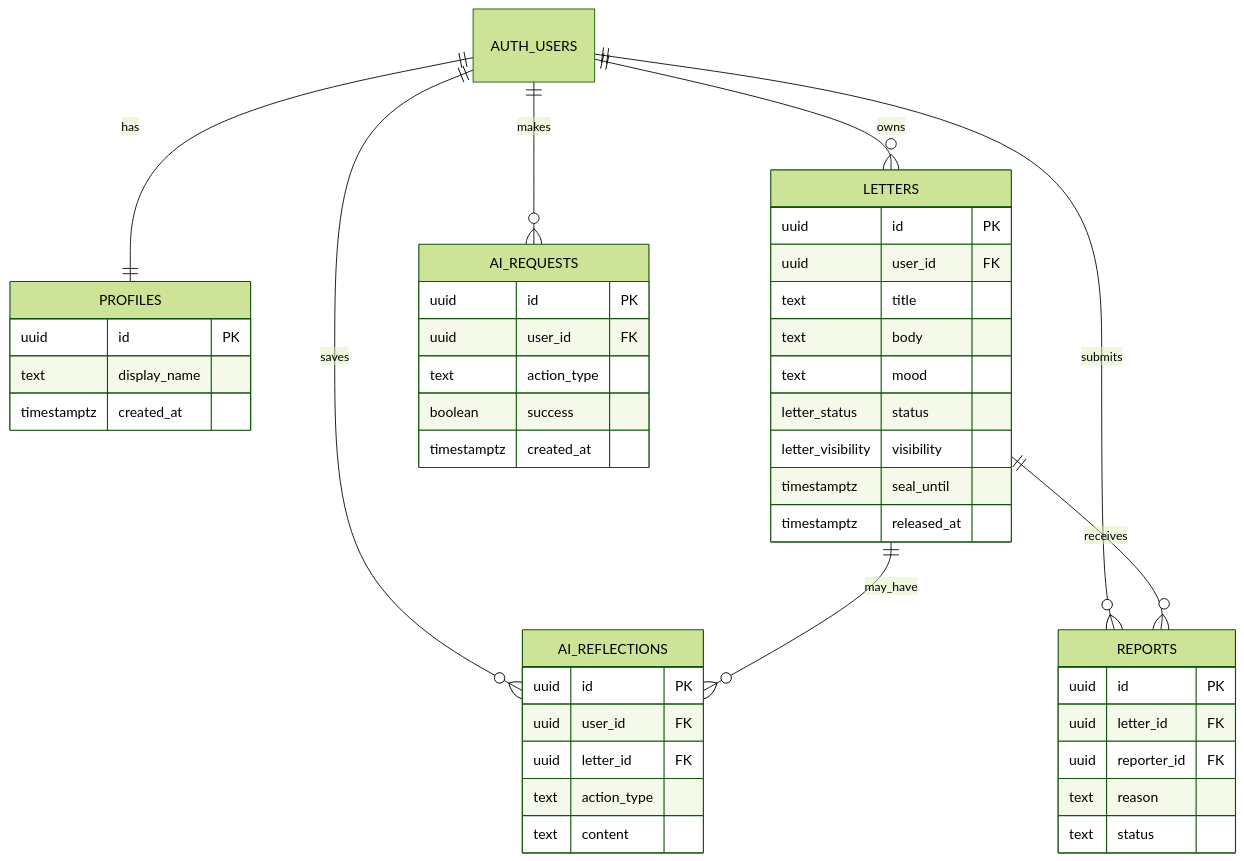
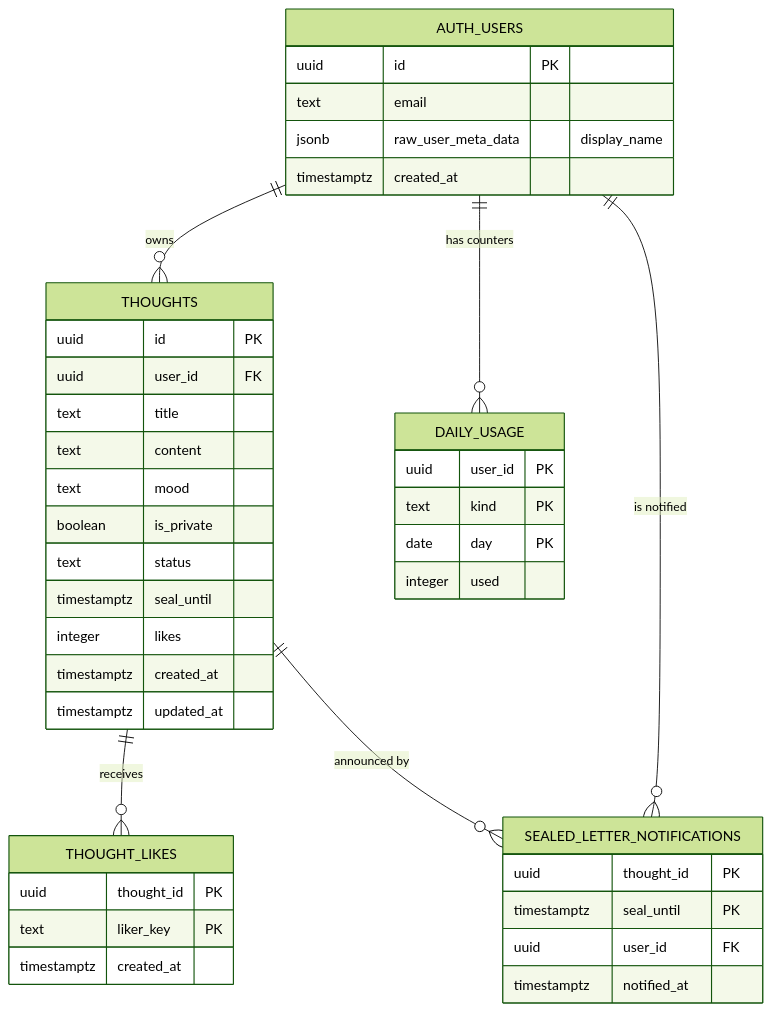
Before and after one commit to michandhercode/windup: the second of 2 diagrams in docs/3_DATABASE_SCHEMA.md, drawn with Mermaid (forest theme). The commit also changed other lines of this file and 6 other files, not shown here.

````diff
--- a/docs/3_DATABASE_SCHEMA.md
+++ b/docs/3_DATABASE_SCHEMA.md
@@ -129,48 +280,45 @@
 ```mermaid
 erDiagram
-    AUTH_USERS ||--|| PROFILES : has
-    AUTH_USERS ||--o{ LETTERS : owns
-    AUTH_USERS ||--o{ AI_REQUESTS : makes
-    AUTH_USERS ||--o{ AI_REFLECTIONS : saves
-    AUTH_USERS ||--o{ REPORTS : submits
-    LETTERS ||--o{ AI_REFLECTIONS : may_have
-    LETTERS ||--o{ REPORTS : receives
+    AUTH_USERS ||--o{ THOUGHTS : owns
+    AUTH_USERS ||--o{ DAILY_USAGE : "has counters"
+    AUTH_USERS ||--o{ SEALED_LETTER_NOTIFICATIONS : "is notified"
+    THOUGHTS ||--o{ THOUGHT_LIKES : receives
+    THOUGHTS ||--o{ SEALED_LETTER_NOTIFICATIONS : "announced by"
 
-    PROFILES {
+    AUTH_USERS {
         uuid id PK
-        text display_name
+        text email
+        jsonb raw_user_meta_data "display_name"
         timestamptz created_at
     }
-    LETTERS {
+    THOUGHTS {
         uuid id PK
         uuid user_id FK
         text title
-        text body
+        text content
         text mood
-        letter_status status
-        letter_visibility visibility
+        boolean is_private
+        text status
         timestamptz seal_until
-        timestamptz released_at
+        integer likes
+        timestamptz created_at
+        timestamptz updated_at
     }
-    AI_REQUESTS {
-        uuid id PK
-        uuid user_id FK
-        text action_type
-        boolean success
+    THOUGHT_LIKES {
+        uuid thought_id PK
+        text liker_key PK
         timestamptz created_at
     }
-    AI_REFLECTIONS {
-        uuid id PK
+    DAILY_USAGE {
+        uuid user_id PK
+        text kind PK
+        date day PK
+        integer used
+    }
+    SEALED_LETTER_NOTIFICATIONS {
+        uuid thought_id PK
+        timestamptz seal_until PK
         uuid user_id FK
-        uuid letter_id FK
-        text action_type
-        text content
-    }
-    REPORTS {
-        uuid id PK
-        uuid letter_id FK
-        uuid reporter_id FK
-        text reason
-        text status
+        timestamptz notified_at
     }
 ```
````
